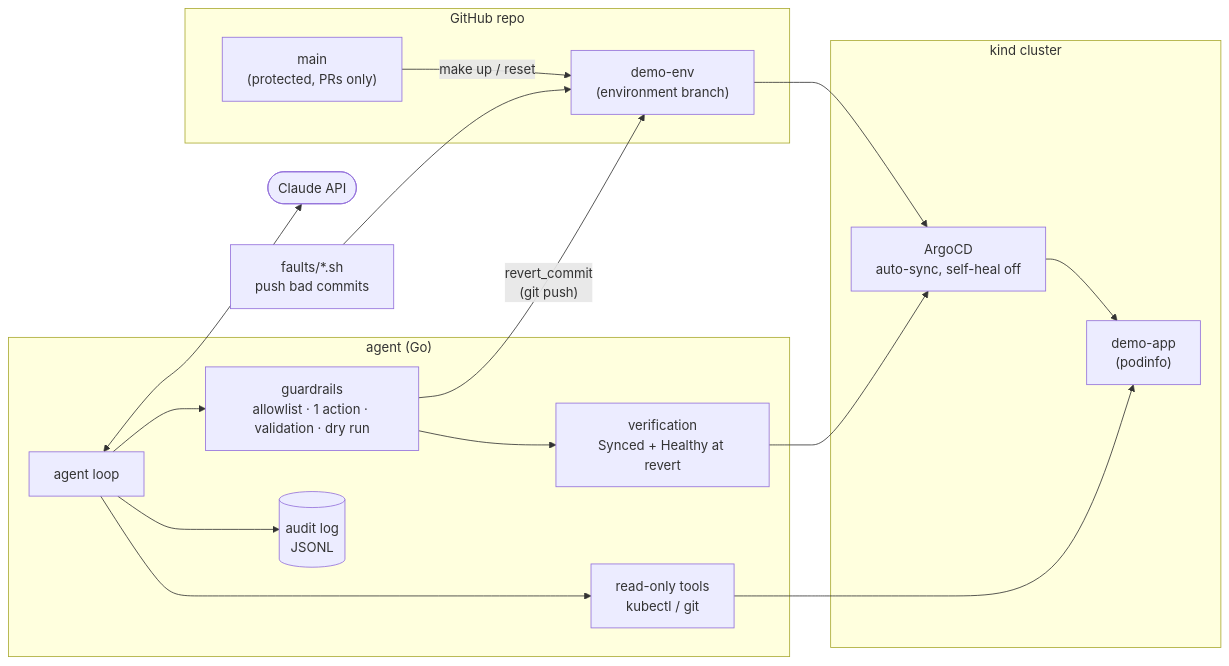
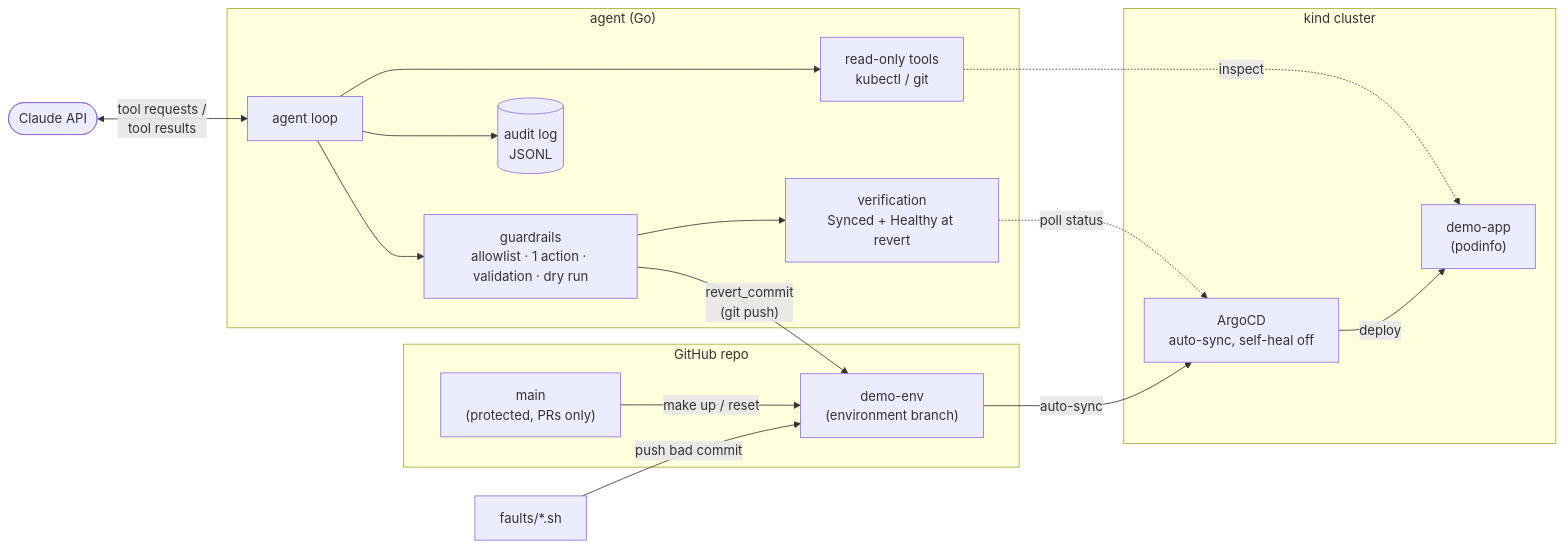
The diagram in README.md (allangelman/k8s-remediation-agent), drawn with Mermaid before and after one commit.

Commit message:
Fix architecture diagram layout
The agent loop's edge to the Claude API was routed through the faults box,
making faults look connected to the agent. Rearrange the nodes so faults
only touches demo-env, and label every edge.

````diff
--- a/README.md
+++ b/README.md
@@ -50,34 +50,38 @@
 ```mermaid
 flowchart LR
-    subgraph git["GitHub repo"]
-        main["main<br/>(protected, PRs only)"]
-        env["demo-env<br/>(environment branch)"]
-    end
-
-    subgraph kind["kind cluster"]
-        argo["ArgoCD<br/>auto-sync, self-heal off"]
-        app["demo-app<br/>(podinfo)"]
-    end
-
-    faults["faults/*.sh<br/>push bad commits"]
+    claude(["Claude API"])
 
     subgraph agent["agent (Go)"]
         loop["agent loop"]
         tools["read-only tools<br/>kubectl / git"]
         guard["guardrails<br/>allowlist · 1 action · validation · dry run"]
         verify["verification<br/>Synced + Healthy at revert"]
         audit[("audit log<br/>JSONL")]
     end
 
-    claude(["Claude API"])
+    subgraph git["GitHub repo"]
+        main["main<br/>(protected, PRs only)"]
+        env["demo-env<br/>(environment branch)"]
+    end
+
+    faults["faults/*.sh"]
+
+    subgraph kind["kind cluster"]
+        argo["ArgoCD<br/>auto-sync, self-heal off"]
+        app["demo-app<br/>(podinfo)"]
+    end
+
+    claude <-- "tool requests /<br/>tool results" --> loop
+    loop --> audit
+    loop --> tools
+    loop --> guard
+    tools -. "inspect" .-> app
+    guard -- "revert_commit<br/>(git push)" --> env
+    guard --> verify
+    verify -. "poll status" .-> argo
 
     main -- "make up / reset" --> env
-    faults --> env
-    env --> argo --> app
-
-    loop <--> claude
-    loop --> tools --> app
-    loop --> guard -- "revert_commit<br/>(git push)" --> env
-    guard --> verify --> argo
-    loop --> audit
+    faults -- "push bad commit" --> env
+    env -- "auto-sync" --> argo
+    argo -- "deploy" --> app
 ```
````
